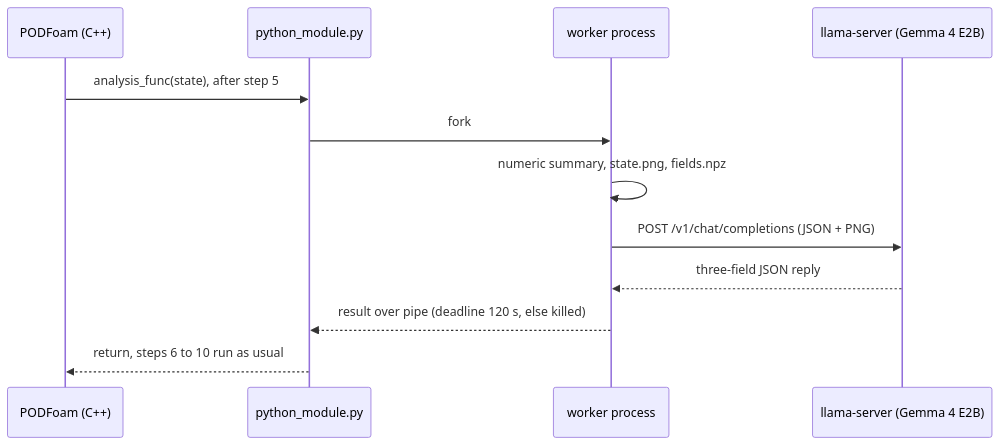
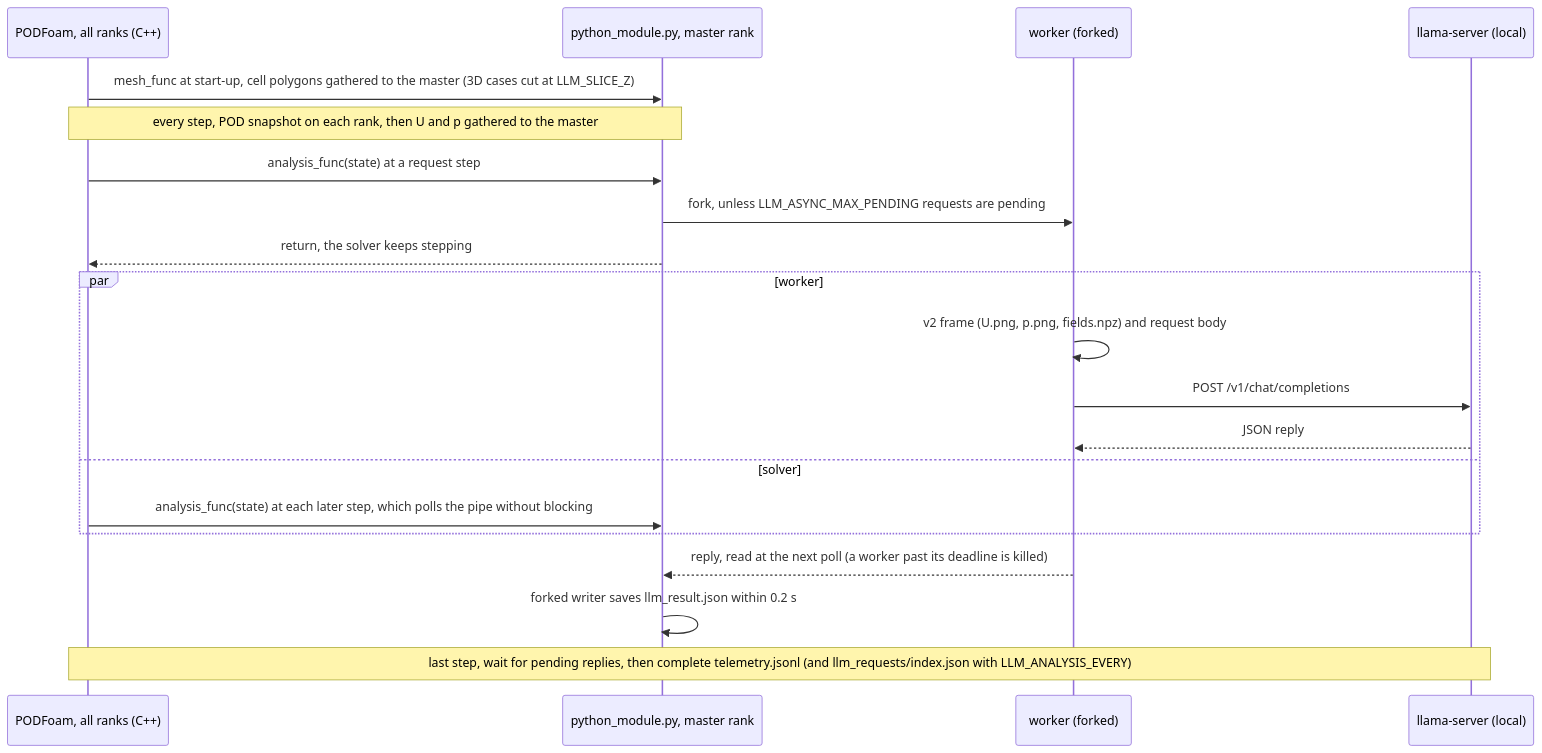
Before and after one commit to seungminyome/PythonFOAM: the diagram in README.md, drawn with Mermaid. The commit also changed other lines of this file and 7 other files, not shown here.

````diff
--- a/README.md
+++ b/README.md
@@ -66,14 +85,22 @@
 ```mermaid
 sequenceDiagram
-    participant S as PODFoam (C++)
-    participant P as python_module.py
-    participant W as worker process
-    participant L as llama-server (Gemma 4 E2B)
-    S->>P: analysis_func(state), after step 5
-    P->>W: fork
-    W->>W: numeric summary, state.png, fields.npz
-    W->>L: POST /v1/chat/completions (JSON + PNG)
-    L-->>W: three-field JSON reply
-    W-->>P: result over pipe (deadline 120 s, else killed)
-    P-->>S: return, steps 6 to 10 run as usual
+    participant S as PODFoam, all ranks (C++)
+    participant P as python_module.py, master rank
+    participant W as worker (forked)
+    participant L as llama-server (local)
+    S->>P: mesh_func at start-up, cell polygons gathered to the master (3D cases cut at LLM_SLICE_Z)
+    Note over S,P: every step, POD snapshot on each rank, then U and p gathered to the master
+    S->>P: analysis_func(state) at a request step
+    P->>W: fork, unless LLM_ASYNC_MAX_PENDING requests are pending
+    P-->>S: return, the solver keeps stepping
+    par worker
+        W->>W: v2 frame (U.png, p.png, fields.npz) and request body
+        W->>L: POST /v1/chat/completions
+        L-->>W: JSON reply
+    and solver
+        S->>P: analysis_func(state) at each later step, which polls the pipe without blocking
+    end
+    W-->>P: reply, read at the next poll (a worker past its deadline is killed)
+    P->>P: forked writer saves llm_result.json within 0.2 s
+    Note over S,L: last step, wait for pending replies, then complete telemetry.jsonl (and llm_requests/index.json with LLM_ANALYSIS_EVERY)
 ```
````
